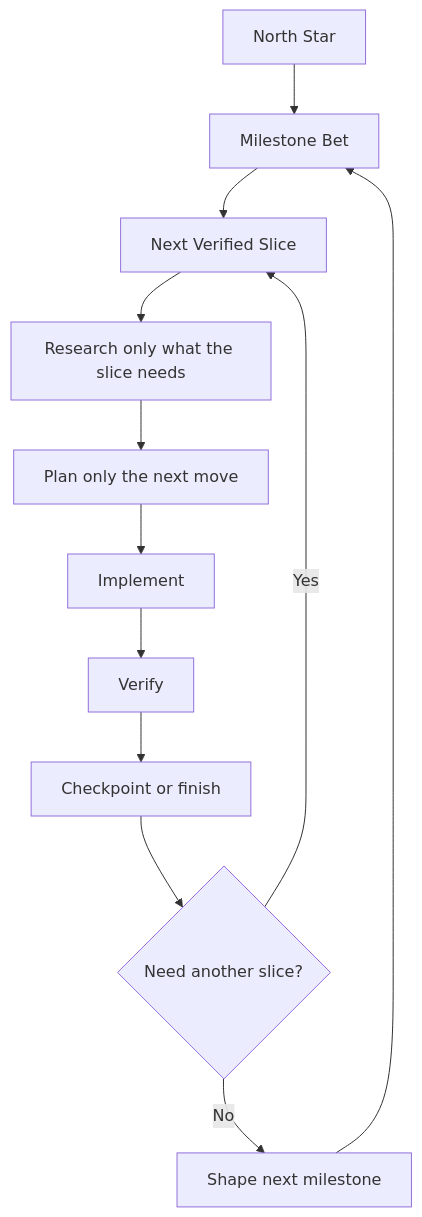
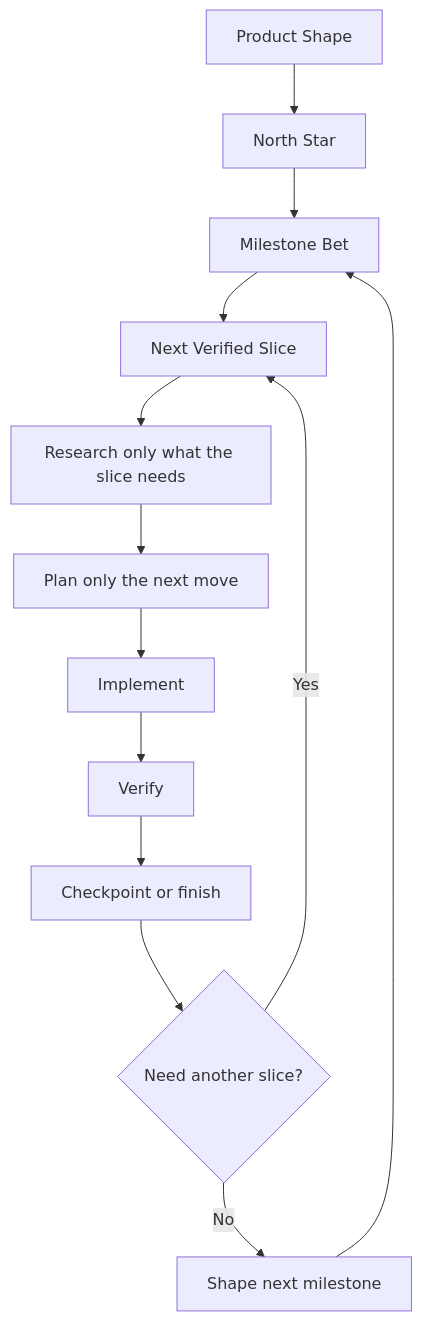
The second of 2 diagrams in docs/fast-stable-delivery.md (B67687/agentic-workflows), drawn with Mermaid before and after one commit. The commit also changed other lines of this file and 22 other files, not shown here.

````diff
--- a/docs/fast-stable-delivery.md
+++ b/docs/fast-stable-delivery.md
@@ -70,14 +75,15 @@
 ```mermaid
 flowchart TD
-    A["North Star"] --> B["Milestone Bet"]
-    B --> C["Next Verified Slice"]
-    C --> D["Research only what the slice needs"]
-    D --> E["Plan only the next move"]
-    E --> F["Implement"]
-    F --> G["Verify"]
-    G --> H["Checkpoint or finish"]
-    H --> I{"Need another slice?"}
-    I -->|Yes| C
-    I -->|No| J["Shape next milestone"]
-    J --> B
+    A["Product Shape"] --> B["North Star"]
+    B --> C["Milestone Bet"]
+    C --> D["Next Verified Slice"]
+    D --> E["Research only what the slice needs"]
+    E --> F["Plan only the next move"]
+    F --> G["Implement"]
+    G --> H["Verify"]
+    H --> I["Checkpoint or finish"]
+    I --> J{"Need another slice?"}
+    J -->|Yes| D
+    J -->|No| K["Shape next milestone"]
+    K --> C
 ```
````
